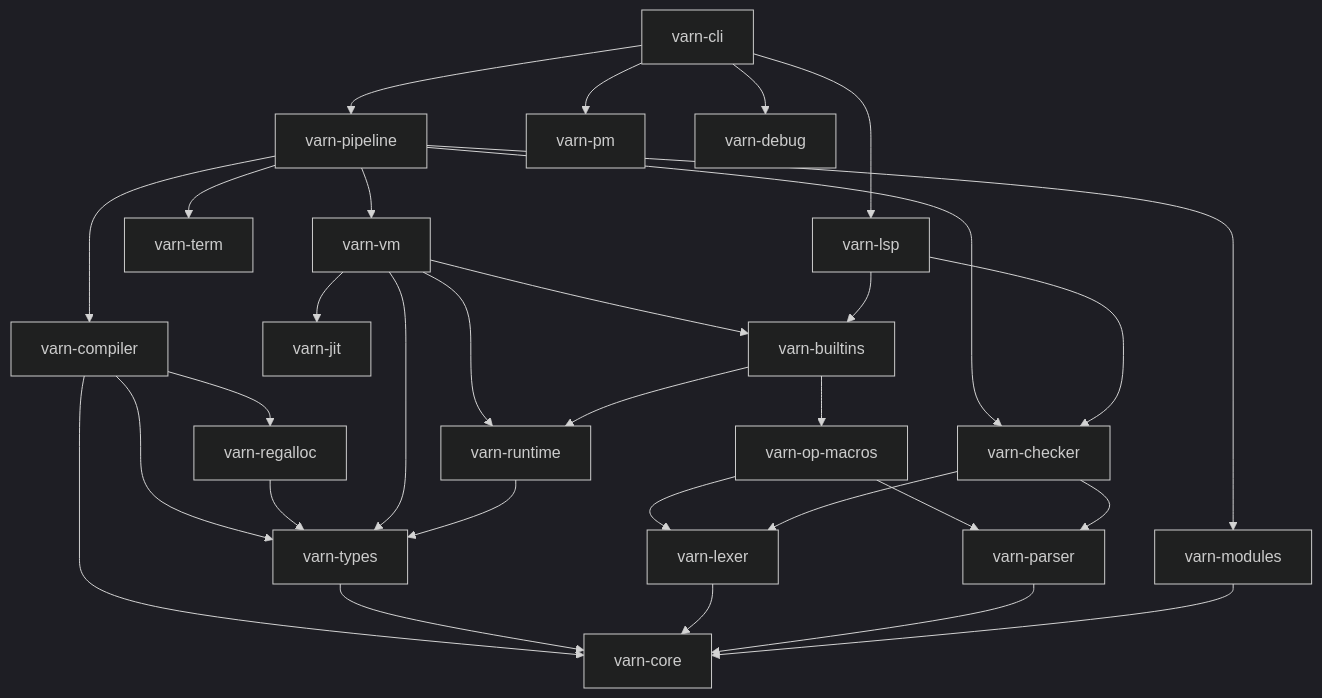
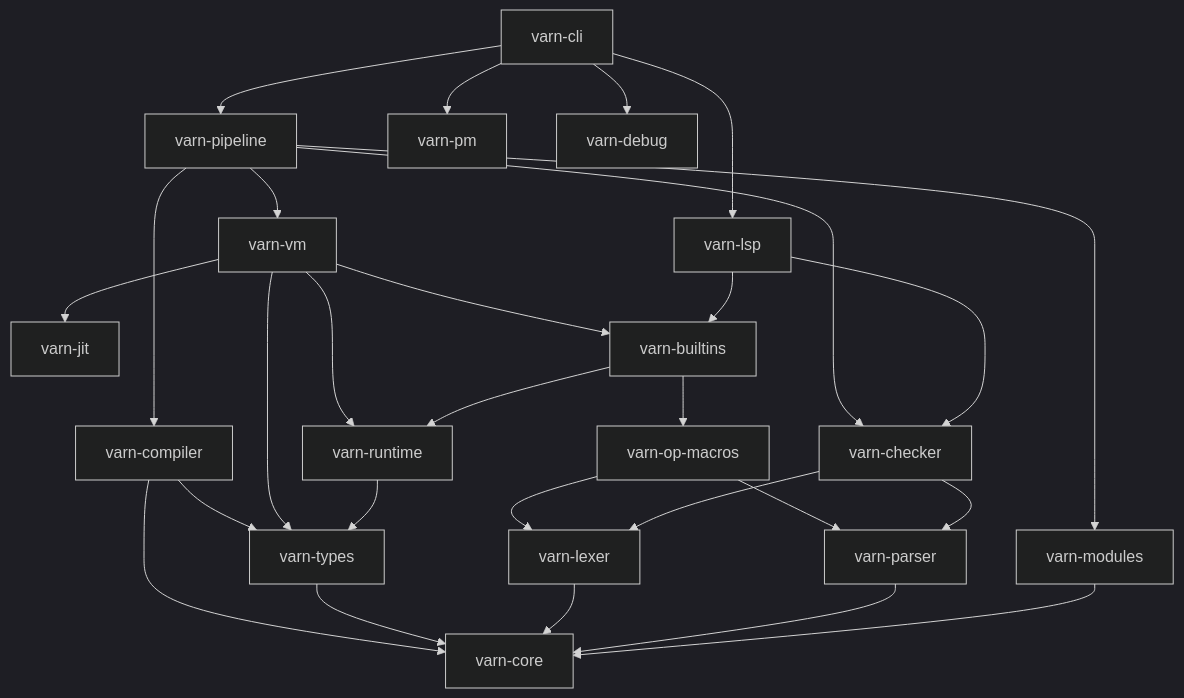
The diagram in docs/CRATES_STATE.md (carlos-burelo/varn), drawn with Mermaid (dark theme) before and after one commit. The commit also changed other lines of this file and 215 other files, not shown here.

````diff
--- a/docs/CRATES_STATE.md
+++ b/docs/CRATES_STATE.md
@@ -22,39 +22,36 @@
 ```mermaid
 graph TD
     CLI["varn-cli"] --> Pipeline["varn-pipeline"]
     CLI --> PM["varn-pm"]
     CLI --> Debug["varn-debug"]
 
     Pipeline --> Checker["varn-checker"]
     Pipeline --> Opt["varn-compiler"]
     Pipeline --> VM["varn-vm"]
     Pipeline --> Modules["varn-modules"]
-    Pipeline --> Term["varn-term"]
 
-    Opt --> Backend["varn-regalloc"]
     Opt --> Core["varn-core"]
     Opt --> Types["varn-types"]
-    Backend --> Types
 
     VM --> Types
     VM --> JIT["varn-jit"]
     VM --> Builtins["varn-builtins"]
     VM --> Runtime["varn-runtime"]
 
     Builtins --> OpMacros["varn-op-macros"]
     Builtins --> Runtime
     OpMacros --> Parser["varn-parser"]
     OpMacros --> Lexer["varn-lexer"]
 
     Checker --> Lexer
     Checker --> Parser
     CLI --> LSP["varn-lsp"]
     LSP --> Checker
     LSP --> Builtins
 
     Types --> Core
     Runtime --> Types
     Lexer --> Core
     Parser --> Core
     Modules --> Core
 ```
````
